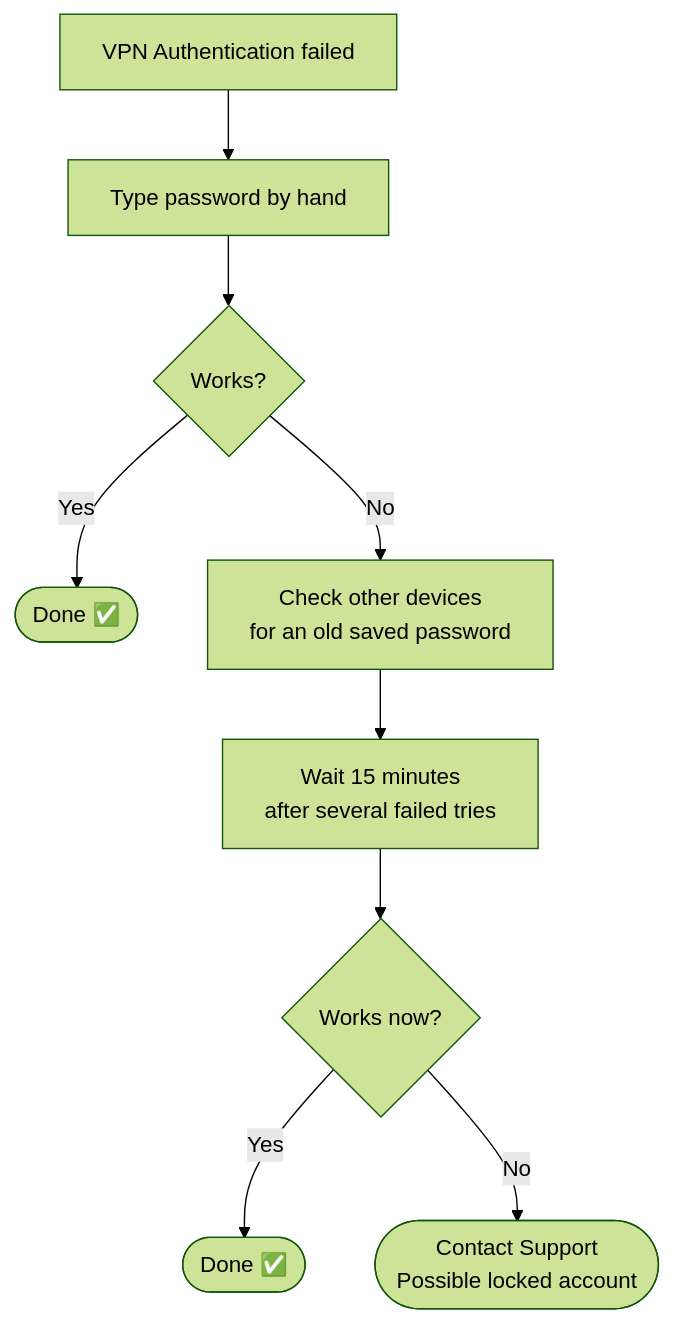
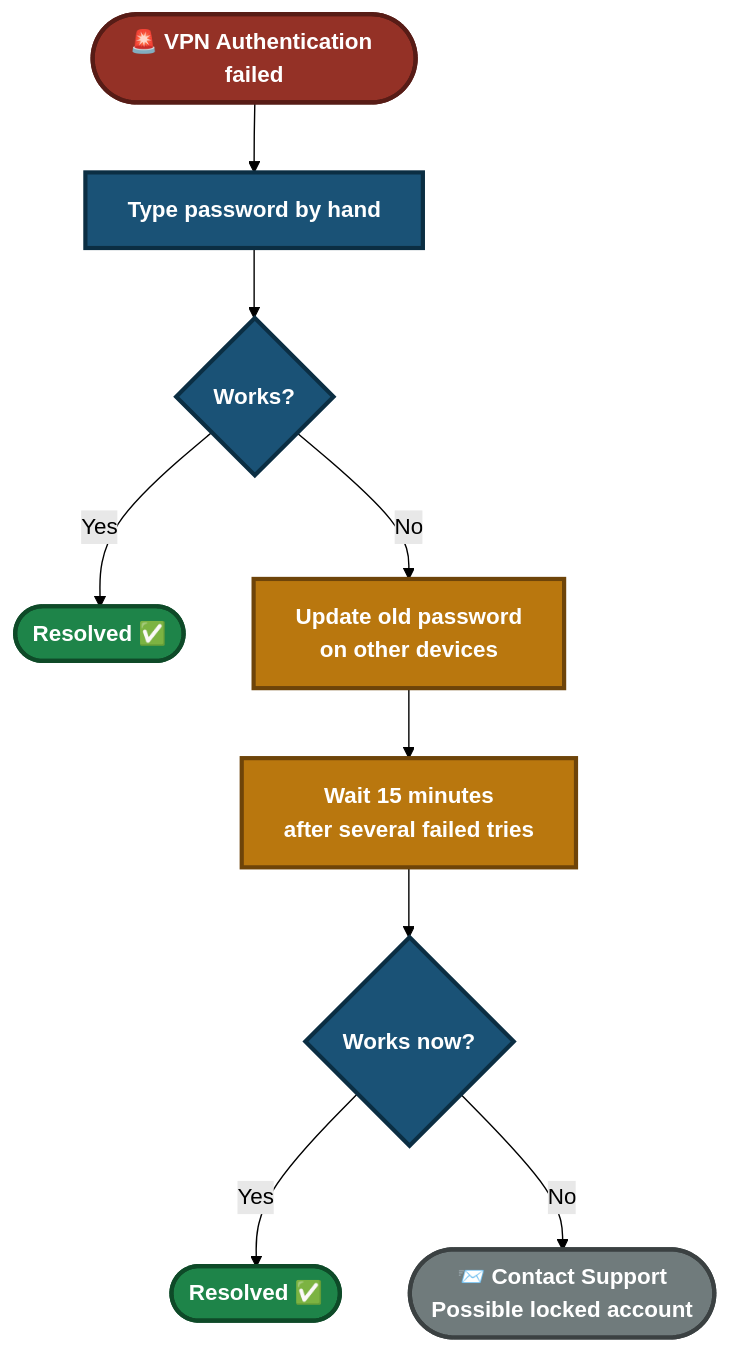
Before and after one commit to malaika-azhar/Customer-Tech-Support-Portfolio: the second of 3 diagrams in 04-Solution-guides/04.3-VPN-Guide.md, drawn with Mermaid (forest theme). The commit also changed other lines of this file, not shown here.

````diff
--- a/04-Solution-guides/04.3-VPN-Guide.md
+++ b/04-Solution-guides/04.3-VPN-Guide.md
@@ -59,11 +163,17 @@
 ```mermaid
 flowchart TD
-    A["VPN Authentication failed"] --> B["Type password by hand"]
-    B --> C{"Works?"}
-    C -->|Yes| End1(["Done ✅"])
-    C -->|No| D["Check other devices<br/>for an old saved password"]
-    D --> E["Wait 15 minutes<br/>after several failed tries"]
-    E --> F{"Works now?"}
-    F -->|Yes| End2(["Done ✅"])
-    F -->|No| G(["Contact Support<br/>Possible locked account"])
+    A(["🚨 VPN Authentication failed"]):::start --> B["Type password by hand"]:::step
+    B --> C{"Works?"}:::step
+    C -->|Yes| End1(["Resolved ✅"]):::ok
+    C -->|No| D["Update old password<br/>on other devices"]:::fix
+    D --> E["Wait 15 minutes<br/>after several failed tries"]:::fix
+    E --> F{"Works now?"}:::step
+    F -->|Yes| End2(["Resolved ✅"]):::ok
+    F -->|No| G(["📨 Contact Support<br/>Possible locked account"]):::esc
+
+    classDef start fill:#943126,stroke:#571C16,stroke-width:3px,color:#FFFFFF,font-weight:bold
+    classDef step fill:#1A5276,stroke:#0B2E43,stroke-width:3px,color:#FFFFFF,font-weight:bold
+    classDef fix fill:#B9770E,stroke:#6E4409,stroke-width:3px,color:#FFFFFF,font-weight:bold
+    classDef ok fill:#1E8449,stroke:#0E4A28,stroke-width:3px,color:#FFFFFF,font-weight:bold
+    classDef esc fill:#707B7C,stroke:#3B4142,stroke-width:3px,color:#FFFFFF,font-weight:bold
 ```
````
